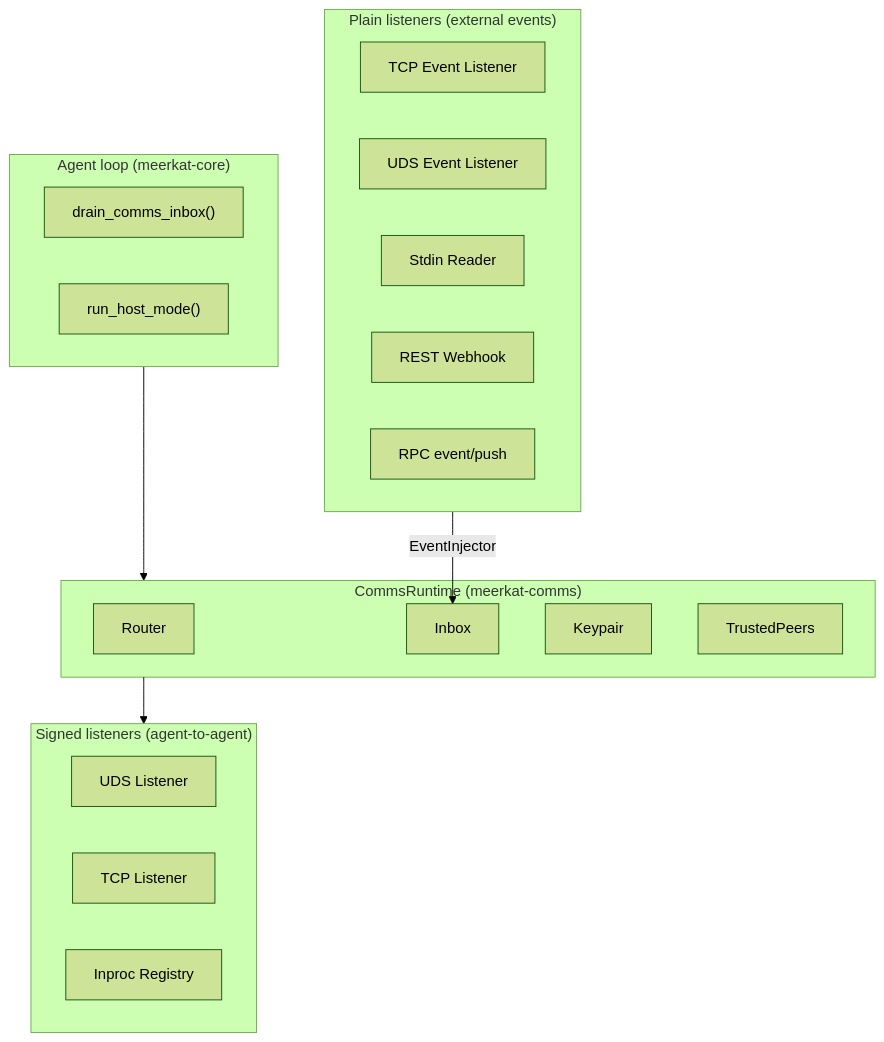
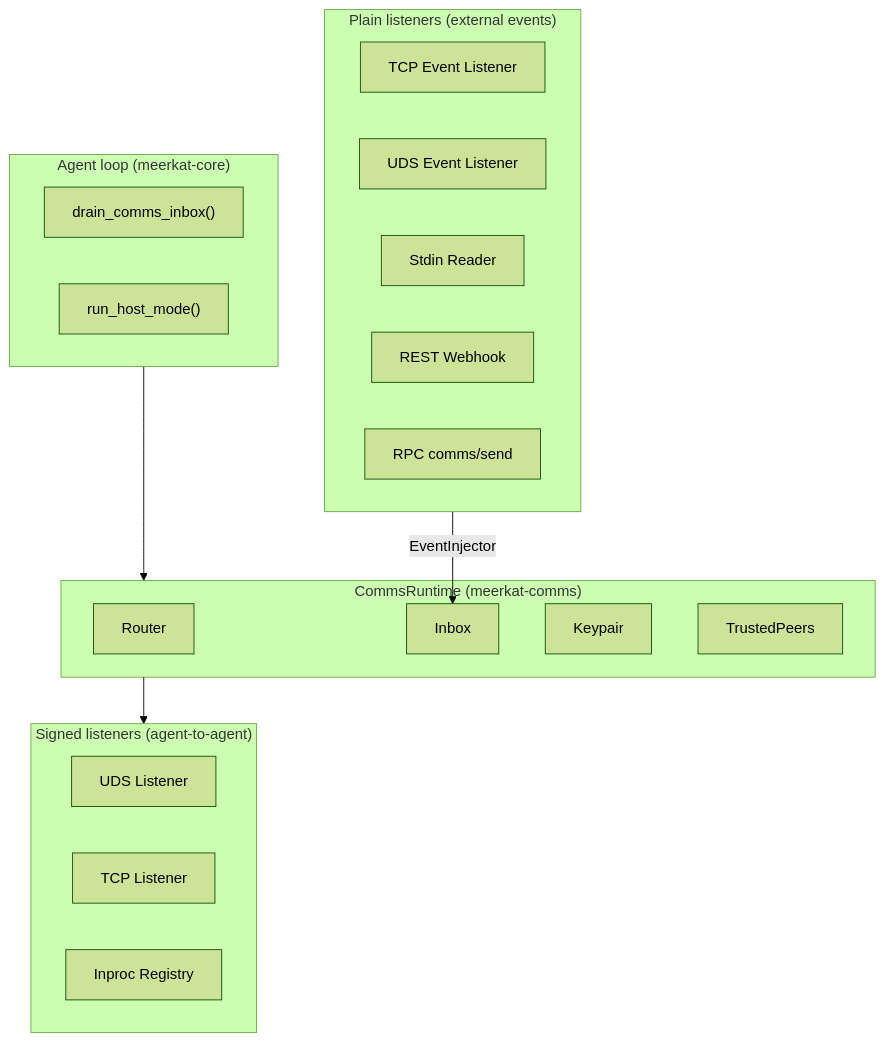
Before and after one commit to lukacf/meerkat: the diagram in docs/guides/comms.mdx, drawn with Mermaid (forest theme). The commit also changed other lines of this file and 9 other files, not shown here.

````diff
--- a/docs/guides/comms.mdx
+++ b/docs/guides/comms.mdx
@@ -28,33 +28,33 @@
 ```mermaid
 graph TD
     subgraph agent["Agent loop (meerkat-core)"]
         DRAIN["drain_comms_inbox()"]
         HOST["run_host_mode()"]
     end
 
     subgraph runtime["CommsRuntime (meerkat-comms)"]
         ROUTER["Router"]
         INBOX["Inbox"]
         KP["Keypair"]
         TP["TrustedPeers"]
     end
 
     agent --> runtime
 
     subgraph signed["Signed listeners (agent-to-agent)"]
         UDS["UDS Listener"]
         TCP["TCP Listener"]
         INPROC["Inproc Registry"]
     end
 
     subgraph plain["Plain listeners (external events)"]
         PTCP["TCP Event Listener"]
         PUDS["UDS Event Listener"]
         STDIN["Stdin Reader"]
         WEBHOOK["REST Webhook"]
-        RPC_EVT["RPC event/push"]
+        RPC_EVT["RPC comms/send"]
     end
 
     runtime --> signed
     plain -->|"EventInjector"| INBOX
 ```
````
